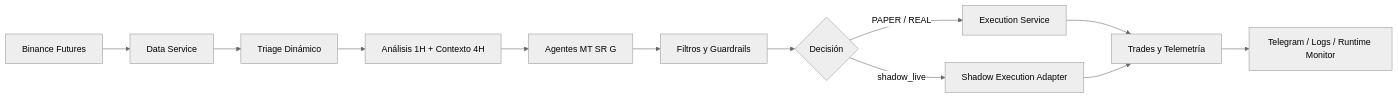
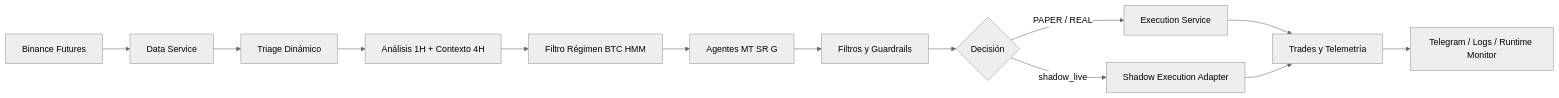
One commit to Rukawua26/Pbot-V5ARCH-DEV changed the diagram in README.md. Above: the diagram before and after it, drawn with Mermaid (neutral theme). The commit also changed other lines of this file, not shown here.

Commit message:
docs: update README with HMM regime, BTC pipeline and execution telemetry

````diff
--- a/README.md
+++ b/README.md
@@ -38,14 +38,15 @@
 ```mermaid
 flowchart LR
     A[Binance Futures] --> B[Data Service]
     B --> C[Triage Dinámico]
     C --> D[Análisis 1H + Contexto 4H]
-    D --> E[Agentes MT SR G]
+    D --> R[Filtro Régimen BTC HMM]
+    R --> E[Agentes MT SR G]
     E --> F[Filtros y Guardrails]
     F --> G{Decisión}
     G -->|PAPER / REAL| H[Execution Service]
     G -->|shadow_live| I[Shadow Execution Adapter]
     H --> J[Trades y Telemetría]
     I --> J
     J --> K[Telegram / Logs / Runtime Monitor]
 ```
````
